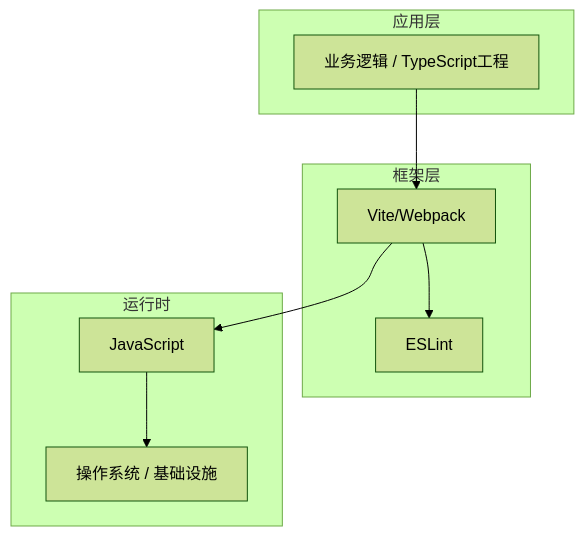
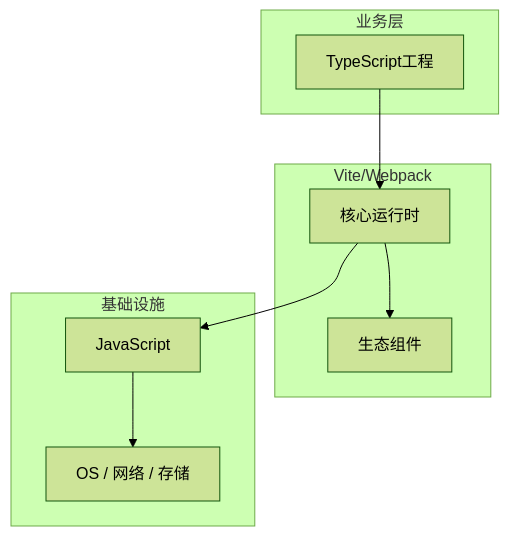
One commit to yanggan2015/knowledge-json-v2 changed the diagram in articles/前端工程化/chapters/061-TypeScript工程核心概念与原理.md. Above: the diagram before and after it, drawn with Mermaid (forest theme). The commit also changed other lines of this file and 10127 other files, not shown here.

````diff
--- a/articles/前端工程化/chapters/061-TypeScript工程核心概念与原理.md
+++ b/articles/前端工程化/chapters/061-TypeScript工程核心概念与原理.md
@@ -45,18 +34,18 @@
 ```mermaid
 graph TB
-    subgraph 应用层
-        A[业务逻辑 / TypeScript工程]
+    subgraph 业务层
+        A[TypeScript工程]
     end
-    subgraph 框架层
-        B[Vite/Webpack]
-        C[ESLint]
+    subgraph Vite/Webpack
+        B[核心运行时]
+        C[生态组件]
     end
-    subgraph 运行时
+    subgraph 基础设施
         D[JavaScript]
-        E[操作系统 / 基础设施]
+        E[OS / 网络 / 存储]
     end
     A --> B
     B --> C
     B --> D
     D --> E
 ```
````
